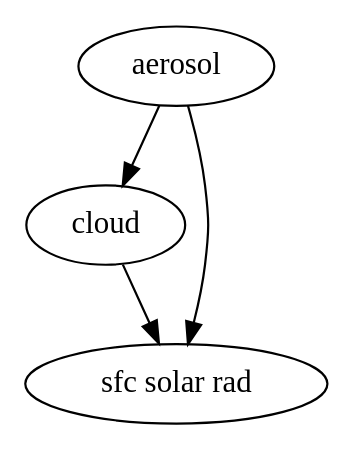
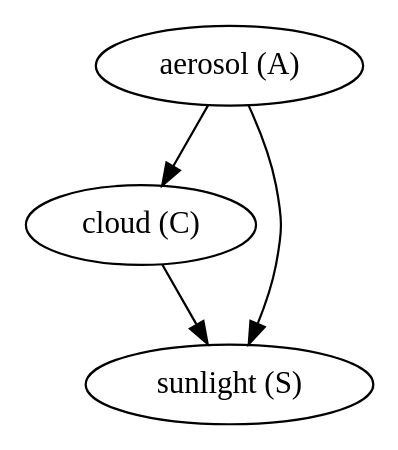
One commit to massma/causality-earth-science changed the diagram in cloud-aerosol.dot. Above: the diagram before and after it, drawn with Graphviz. The commit also changed 5 other files, not shown here.

```diff
--- a/cloud-aerosol.dot
+++ b/cloud-aerosol.dot
@@ -1,10 +1,10 @@
 digraph G {
-	c[label="cloud"];
-	a[label="aerosol"];
-	s[label="sfc solar rad"];
+	c[label="cloud (C)"];
+	a[label="aerosol (A)"];
+	s[label="sunlight (S)"];
 
 	a -> c;
 	c -> s;
 	a -> s;
 
 }
```
